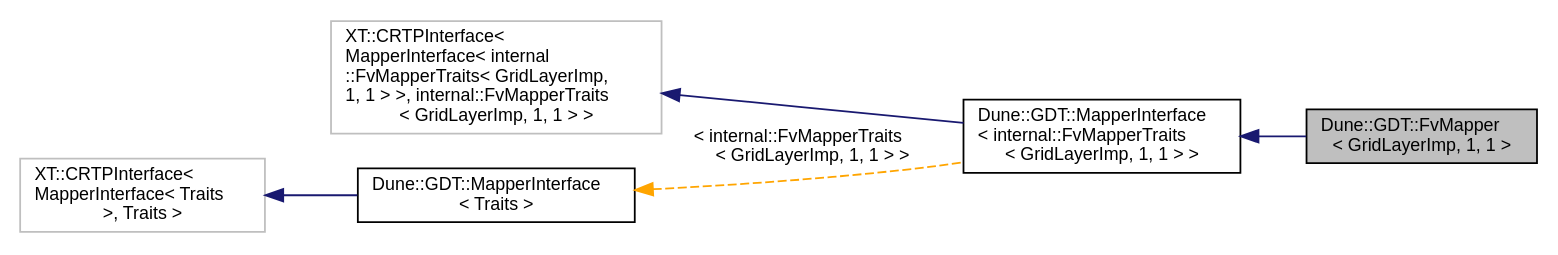
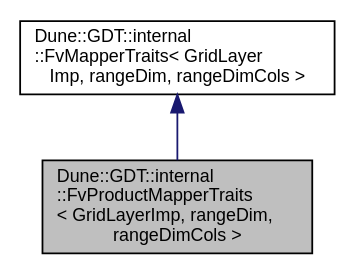
One commit to dune-community/dune-community.github.io changed the diagram in docs/dune-gdt/master/a02776.dot. Above: the diagram before and after it, drawn with Graphviz. The commit also changed 1982 other files, not shown here.

Commit message:
Updated documentation for dune-gdt master

```diff
--- a/docs/dune-gdt/master/a02776.dot
+++ b/docs/dune-gdt/master/a02776.dot
@@ -1,15 +1,8 @@
-digraph "Dune::GDT::FvMapper&lt; GridLayerImp, 1, 1 &gt;"
+digraph "Dune::GDT::internal::FvProductMapperTraits&lt; GridLayerImp, rangeDim, rangeDimCols &gt;"
 {
   edge [fontname="Helvetica",fontsize="10",labelfontname="Helvetica",labelfontsize="10"];
   node [fontname="Helvetica",fontsize="10",shape=record];
-  rankdir="LR";
-  Node0 [label="Dune::GDT::FvMapper\l\< GridLayerImp, 1, 1 \>",height=0.2,width=0.4,color="black", fillcolor="grey75", style="filled", fontcolor="black"];
+  Node0 [label="Dune::GDT::internal\l::FvProductMapperTraits\l\< GridLayerImp, rangeDim,\l rangeDimCols \>",height=0.2,width=0.4,color="black", fillcolor="grey75", style="filled", fontcolor="black"];
   Node1 -> Node0 [dir="back",color="midnightblue",fontsize="10",style="solid",fontname="Helvetica"];
-  Node1 [label="Dune::GDT::MapperInterface\l\< internal::FvMapperTraits\l\< GridLayerImp, 1, 1 \> \>",height=0.2,width=0.4,color="black", fillcolor="white", style="filled",URL="$a02785.html"];
-  Node2 -> Node1 [dir="back",color="midnightblue",fontsize="10",style="solid",fontname="Helvetica"];
-  Node2 [label="XT::CRTPInterface\<\l MapperInterface\< internal\l::FvMapperTraits\< GridLayerImp,\l 1, 1 \> \>, internal::FvMapperTraits\l\< GridLayerImp, 1, 1 \> \>",height=0.2,width=0.4,color="grey75", fillcolor="white", style="filled"];
-  Node3 -> Node1 [dir="back",color="orange",fontsize="10",style="dashed",label=" \< internal::FvMapperTraits\l\< GridLayerImp, 1, 1 \> \>" ,fontname="Helvetica"];
-  Node3 [label="Dune::GDT::MapperInterface\l\< Traits \>",height=0.2,width=0.4,color="black", fillcolor="white", style="filled",URL="$a02785.html"];
-  Node4 -> Node3 [dir="back",color="midnightblue",fontsize="10",style="solid",fontname="Helvetica"];
-  Node4 [label="XT::CRTPInterface\<\l MapperInterface\< Traits\l \>, Traits \>",height=0.2,width=0.4,color="grey75", fillcolor="white", style="filled"];
+  Node1 [label="Dune::GDT::internal\l::FvMapperTraits\< GridLayer\lImp, rangeDim, rangeDimCols \>",height=0.2,width=0.4,color="black", fillcolor="white", style="filled",URL="$a02769.html"];
 }
```
